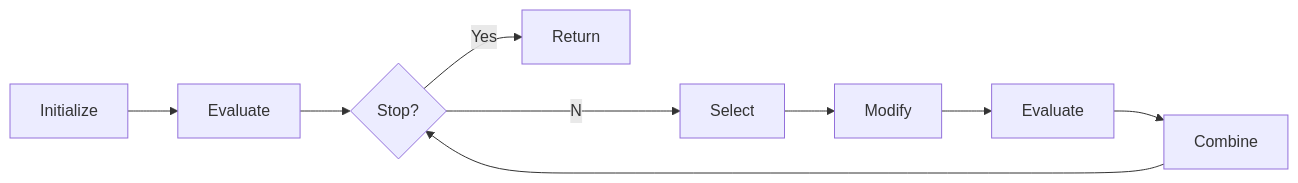
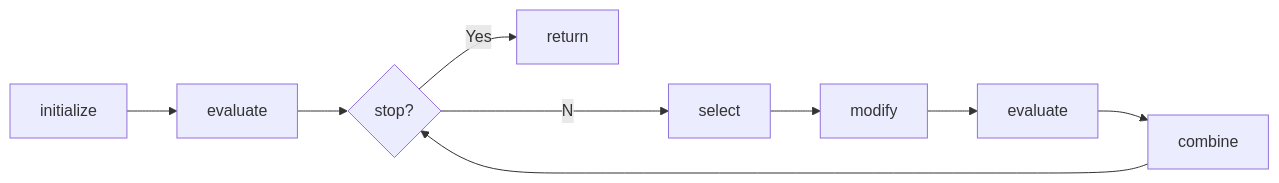
Before and after one commit to anthonyjclark/simer-tutorial: the diagram in presentation.qmd, drawn with Mermaid. The commit also changed other lines of this file and 76 other files, not shown here.

````diff
--- a/presentation.qmd
+++ b/presentation.qmd
@@ -42,13 +65,13 @@
 ```{mermaid}
 %%| fig-align: center
 
 flowchart LR
-    Init[Initialize] --> Eval[Evaluate]
-    Eval --> Stop{Stop?}
-    Stop --Yes--> Retn[Return]
-    Stop --No--> Sele[Select]
-    Sele --> Modi[Modify]
-    Modi --> Evl2[Evaluate]
-    Evl2 --> Comb[Combine]
+    Init[initialize] --> Eval[evaluate]
+    Eval --> Stop{stop?}
+    Stop --Yes--> Retn[return]
+    Stop --No--> Sele[select]
+    Sele --> Modi[modify]
+    Modi --> Evl2[evaluate]
+    Evl2 --> Comb[combine]
     Comb --> Stop
 ```
````
